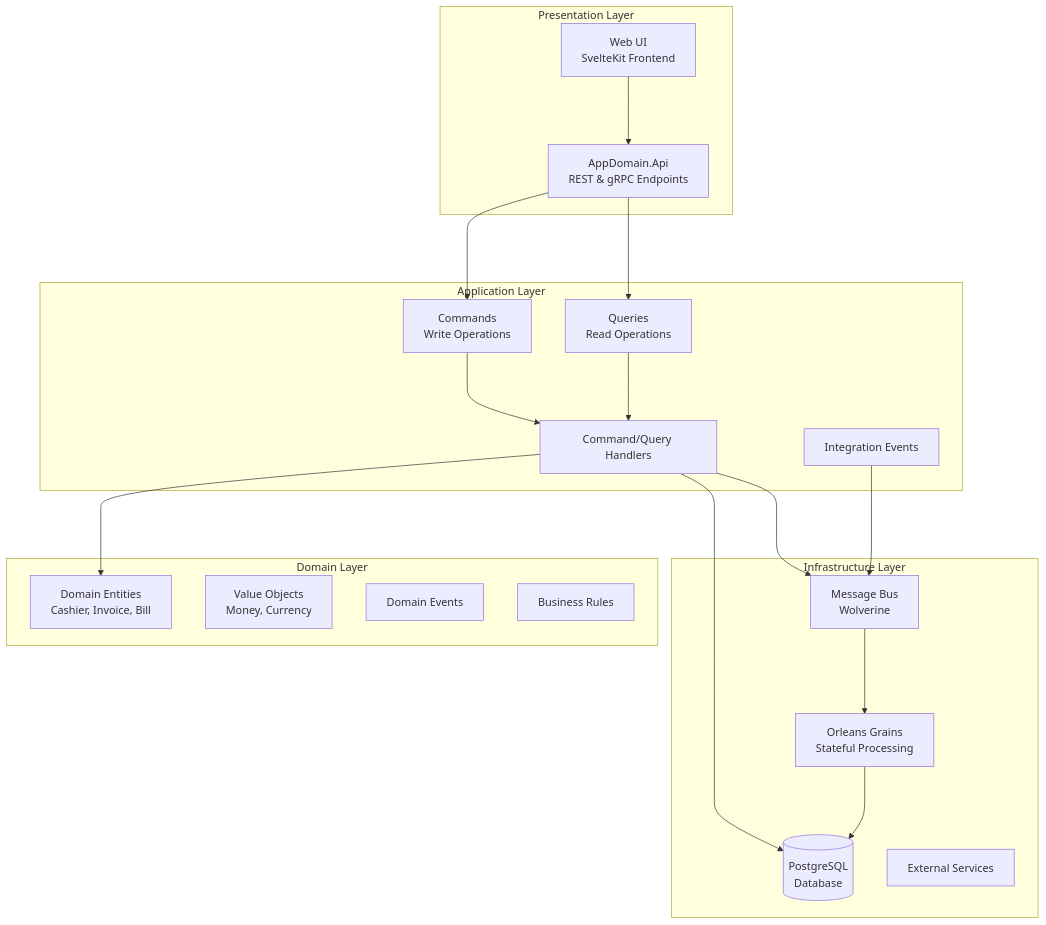
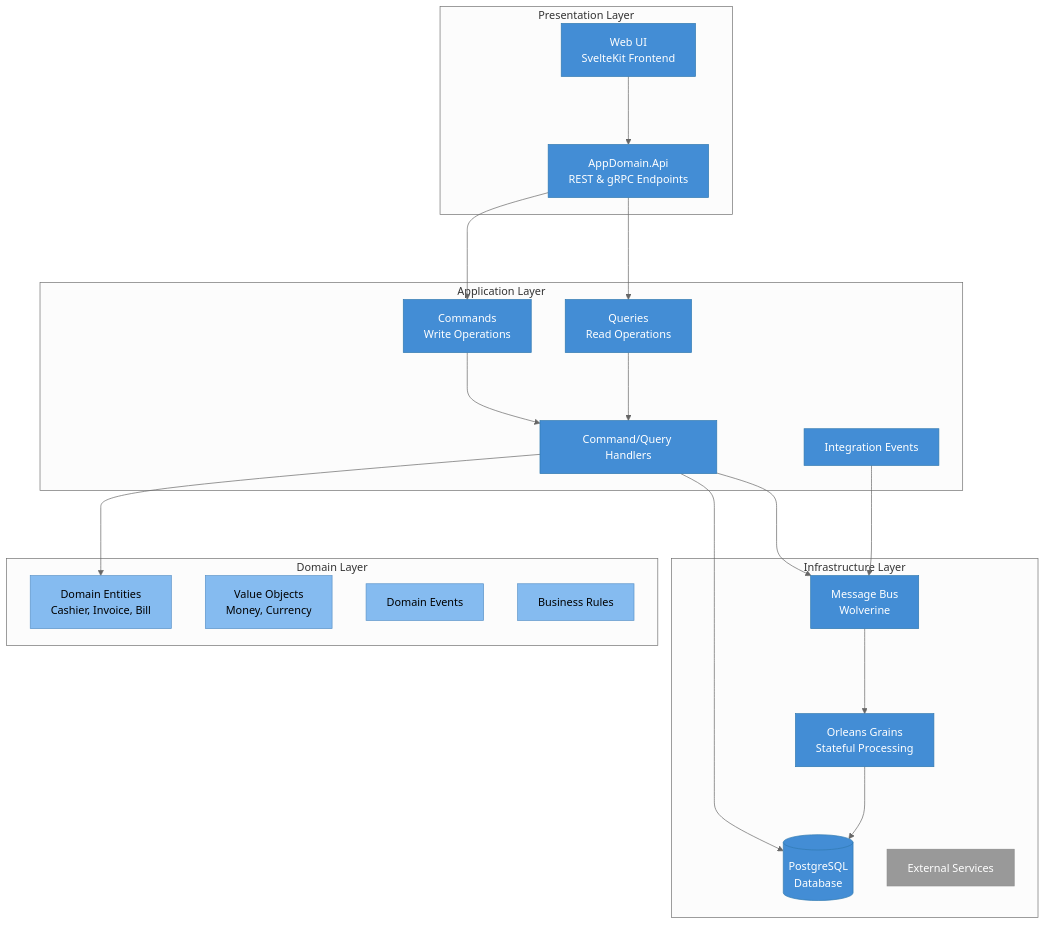
Before and after one commit to vgmello/momentum: the diagram in docs/arch/index.md, drawn with Mermaid. The commit also changed other lines of this file and 108 other files, not shown here.

````diff
--- a/docs/arch/index.md
+++ b/docs/arch/index.md
@@ -7,40 +7,53 @@
 ```mermaid
+---
+config:
+  theme: neutral
+---
 graph TB
     subgraph "Presentation Layer"
         API["AppDomain.Api<br/>REST & gRPC Endpoints"]
         WebUI["Web UI<br/>SvelteKit Frontend"]
     end
 
     subgraph "Application Layer"
         Commands["Commands<br/>Write Operations"]
         Queries["Queries<br/>Read Operations"]
         Handlers["Command/Query Handlers"]
         Events["Integration Events"]
     end
 
     subgraph "Domain Layer"
         Entities["Domain Entities<br/>Cashier, Invoice, Bill"]
         ValueObjects["Value Objects<br/>Money, Currency"]
         DomainEvents["Domain Events"]
         Rules["Business Rules"]
     end
 
     subgraph "Infrastructure Layer"
         Database[("PostgreSQL<br/>Database")]
         MessageBus["Message Bus<br/>Wolverine"]
         Orleans["Orleans Grains<br/>Stateful Processing"]
         External["External Services"]
     end
 
     API ---> Commands
     API ---> Queries
     WebUI ---> API
     Commands ---> Handlers
     Queries ---> Handlers
     Handlers ---> Entities
     Handlers ---> Database
     Handlers ---> MessageBus
     Events ---> MessageBus
     Orleans ---> Database
     MessageBus ---> Orleans
+
+    classDef container fill:#438dd5,stroke:#3079b0,color:#ffffff
+    classDef component fill:#85bbf0,stroke:#5b93c8,color:#000000
+    classDef external fill:#999999,stroke:#8a8a8a,color:#ffffff
+    classDef person fill:#08427b,stroke:#052e56,color:#ffffff
+
+    class API,WebUI,Commands,Queries,Handlers,Events,MessageBus,Orleans,Database container
+    class Entities,ValueObjects,DomainEvents,Rules component
+    class External external
 ```
````
